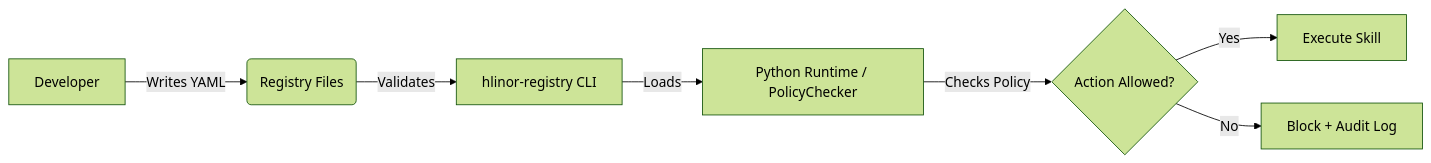
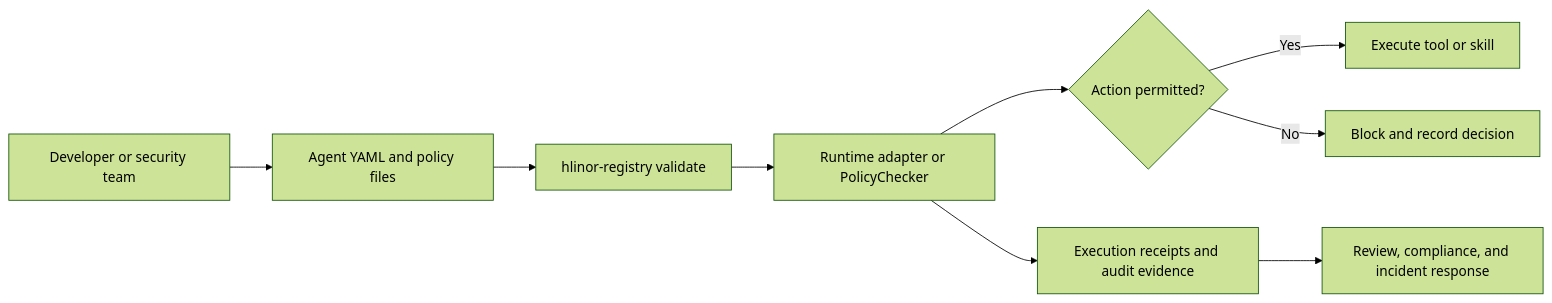
Before and after one commit to HlinorAI/hlinor-agent-registry: the diagram in README.md, drawn with Mermaid (forest theme). The commit also changed other lines of this file, not shown here.

First line of the commit message:
docs: rewrite README for better developer experience and conversion

````diff
--- a/README.md
+++ b/README.md
@@ -62,9 +144,11 @@
 ```mermaid
-graph LR
-    A[Developer] -->|Writes YAML| B(Registry Files)
-    B -->|Validates| C[hlinor-registry CLI]
-    C -->|Loads| D[Python Runtime / PolicyChecker]
-    D -->|Checks Policy| E{Action Allowed?}
-    E -->|Yes| F[Execute Skill]
-    E -->|No| G[Block + Audit Log]
+flowchart LR
+    A["Developer or security team"] --> B["Agent YAML and policy files"]
+    B --> C["hlinor-registry validate"]
+    C --> D["Runtime adapter or PolicyChecker"]
+    D --> E{"Action permitted?"}
+    E -->|Yes| F["Execute tool or skill"]
+    E -->|No| G["Block and record decision"]
+    D --> H["Execution receipts and audit evidence"]
+    H --> I["Review, compliance, and incident response"]
 ```
````
